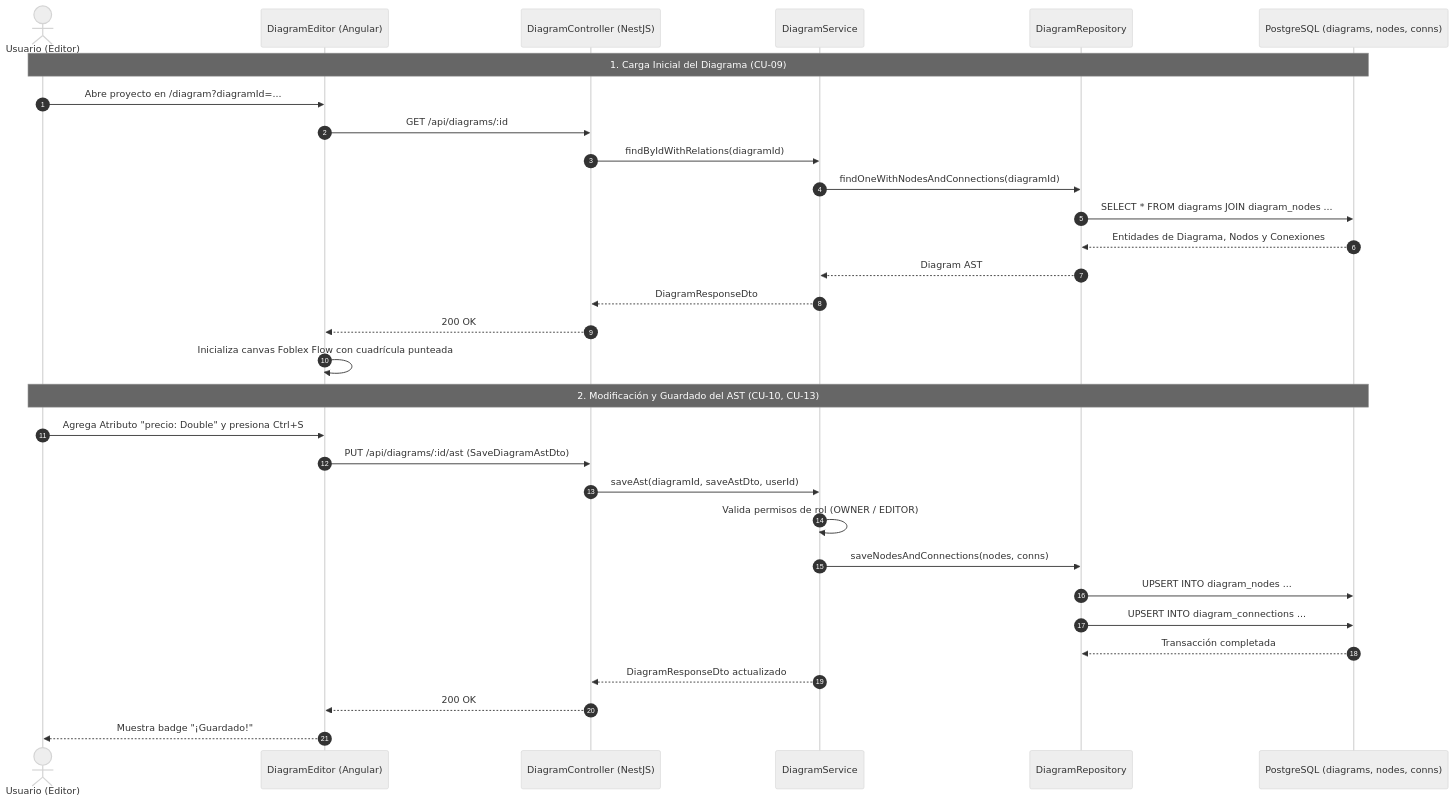
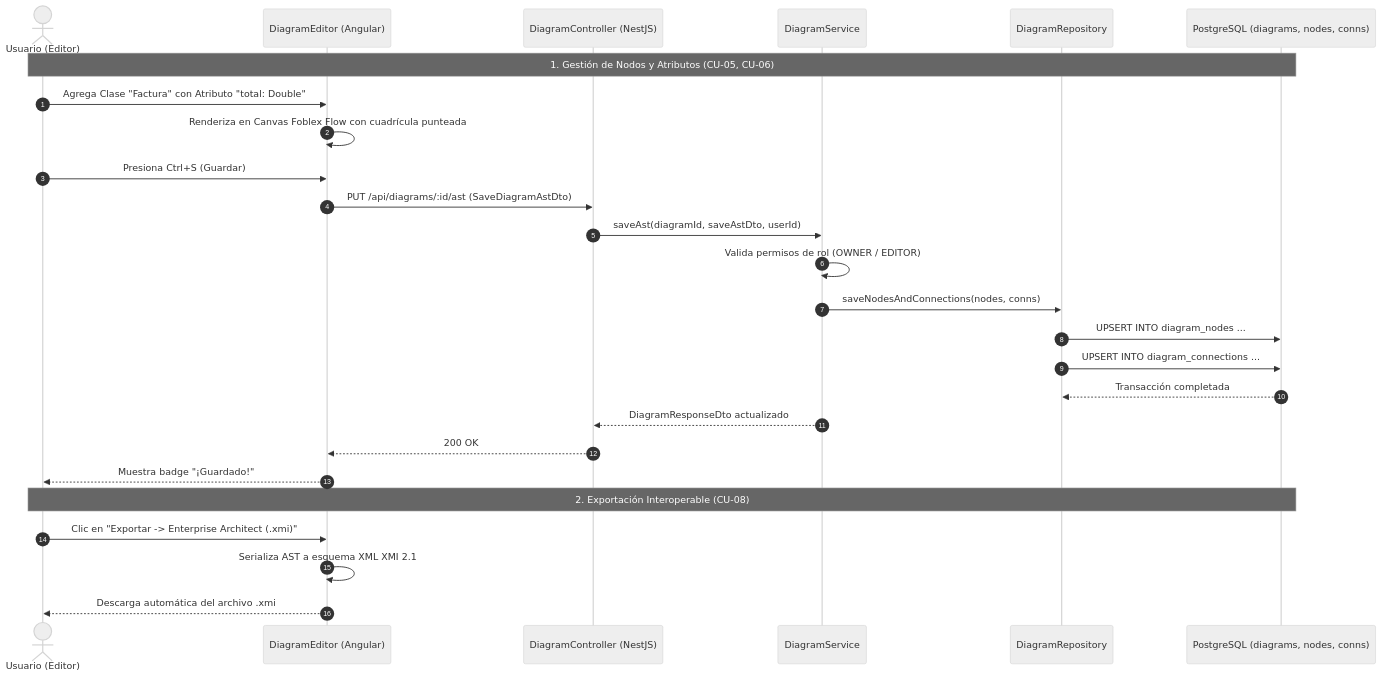
One commit to evert-aov/sw1_parcial1_backend changed the diagram in docs/modules/diagrams.md. Above: the diagram before and after it, drawn with Mermaid (neutral theme). The commit also changed other lines of this file and 3 other files, not shown here.

Commit message:
docs: refactor and renumber use cases across auth (CU01-02), projects (CU03-04), diagrams (CU05-08), and collaboration (CU09-11)

````diff
--- a/docs/modules/diagrams.md
+++ b/docs/modules/diagrams.md
@@ -106,35 +91,30 @@
 ```mermaid
 sequenceDiagram
     autonumber
     actor User as Usuario (Editor)
     participant UI as DiagramEditor (Angular)
     participant API as DiagramController (NestJS)
     participant Srv as DiagramService
     participant Repo as DiagramRepository
     participant DB as PostgreSQL (diagrams, nodes, conns)
 
-    Note over User,DB: 1. Carga Inicial del Diagrama (CU-09)
-    User->>UI: Abre proyecto en /diagram?diagramId=...
-    UI->>API: GET /api/diagrams/:id
-    API->>Srv: findByIdWithRelations(diagramId)
-    Srv->>Repo: findOneWithNodesAndConnections(diagramId)
-    Repo->>DB: SELECT * FROM diagrams JOIN diagram_nodes ...
-    DB-->>Repo: Entidades de Diagrama, Nodos y Conexiones
-    Repo-->>Srv: Diagram AST
-    Srv-->>API: DiagramResponseDto
-    API-->>UI: 200 OK
-    UI->>UI: Inicializa canvas Foblex Flow con cuadrícula punteada
-
-    Note over User,DB: 2. Modificación y Guardado del AST (CU-10, CU-13)
-    User->>UI: Agrega Atributo "precio: Double" y presiona Ctrl+S
+    Note over User,DB: 1. Gestión de Nodos y Atributos (CU-05, CU-06)
+    User->>UI: Agrega Clase "Factura" con Atributo "total: Double"
+    UI->>UI: Renderiza en Canvas Foblex Flow con cuadrícula punteada
+    User->>UI: Presiona Ctrl+S (Guardar)
     UI->>API: PUT /api/diagrams/:id/ast (SaveDiagramAstDto)
     API->>Srv: saveAst(diagramId, saveAstDto, userId)
     Srv->>Srv: Valida permisos de rol (OWNER / EDITOR)
     Srv->>Repo: saveNodesAndConnections(nodes, conns)
     Repo->>DB: UPSERT INTO diagram_nodes ...
     Repo->>DB: UPSERT INTO diagram_connections ...
     DB-->>Repo: Transacción completada
     Srv-->>API: DiagramResponseDto actualizado
     API-->>UI: 200 OK
     UI-->>User: Muestra badge "¡Guardado!"
+
+    Note over User,DB: 2. Exportación Interoperable (CU-08)
+    User->>UI: Clic en "Exportar -> Enterprise Architect (.xmi)"
+    UI->>UI: Serializa AST a esquema XML XMI 2.1
+    UI-->>User: Descarga automática del archivo .xmi
 ```
````
